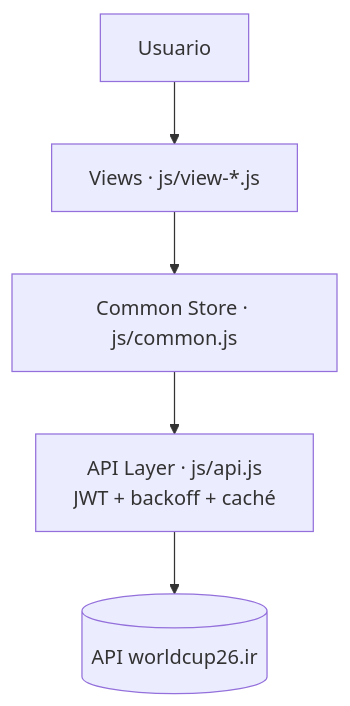
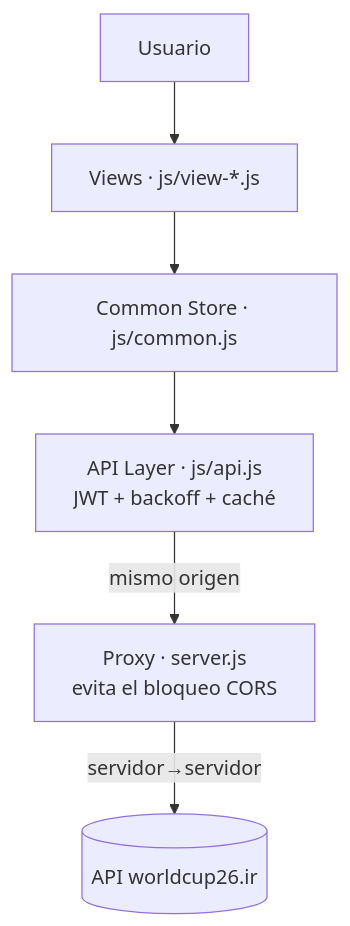
The diagram in README.md (andreyhnzzz/ah-dashboard-lab), drawn with Mermaid before and after one commit. The commit also changed other lines of this file and 7 other files, not shown here.

````diff
--- a/README.md
+++ b/README.md
@@ -51,7 +51,8 @@
 ```mermaid
 flowchart TD
   U[Usuario] --> V[Views · js/view-*.js]
   V --> S[Common Store · js/common.js]
   S --> A[API Layer · js/api.js<br/>JWT + backoff + caché]
-  A --> W[(API worldcup26.ir)]
+  A -->|mismo origen| P[Proxy · server.js<br/>evita el bloqueo CORS]
+  P -->|servidor→servidor| W[(API worldcup26.ir)]
 ```
````
